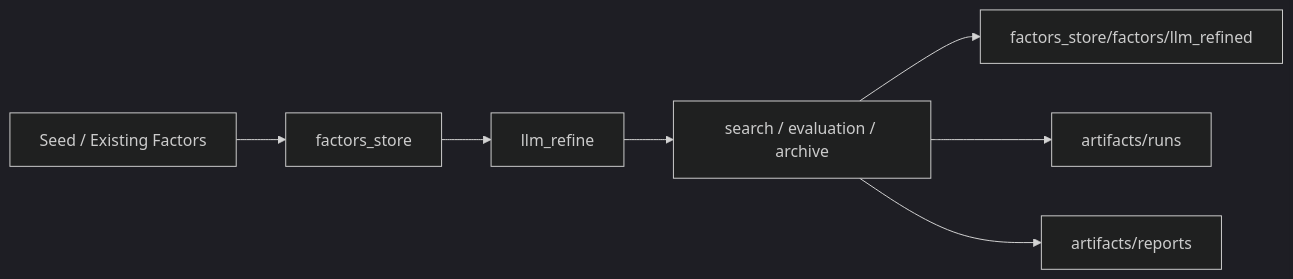
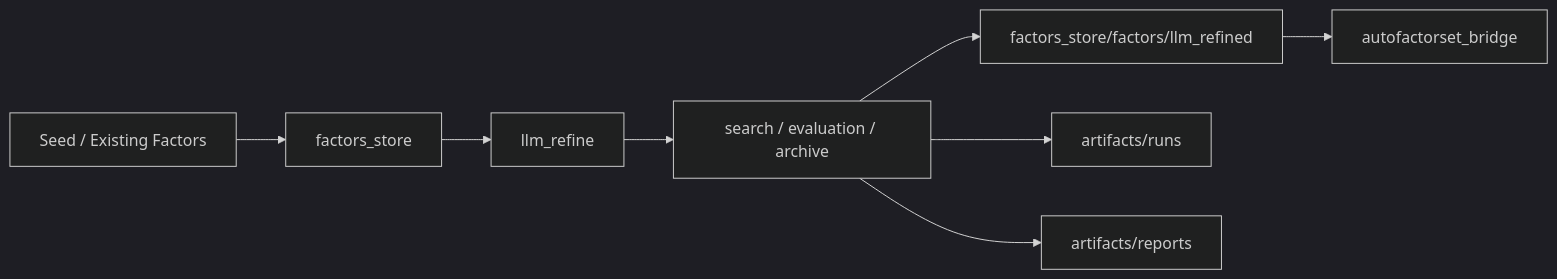
One commit to zhangxinyue1017/AlphaRefinery changed the first of 3 diagrams in README_CN.md. Above: the diagram before and after it, drawn with Mermaid (dark theme). The commit also changed other lines of this file and 10 other files, not shown here.

````diff
--- a/README_CN.md
+++ b/README_CN.md
@@ -112,9 +151,10 @@
 ```mermaid
 graph LR
     A[Seed / Existing Factors] --> B[factors_store]
     B --> C[llm_refine]
     C --> D[search / evaluation / archive]
     D --> E[factors_store/factors/llm_refined]
+    E --> F[autofactorset_bridge]
     D --> G[artifacts/runs]
     D --> H[artifacts/reports]
 ```
````
